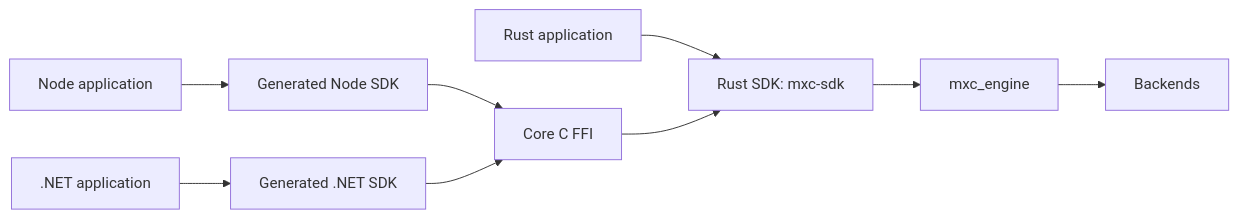
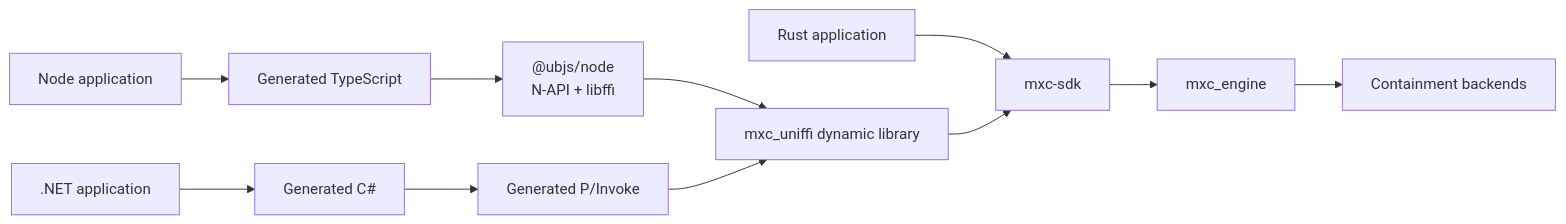
One commit to microsoft/mxc changed the first of 2 diagrams in docs/designs/SDK/README.md. Above: the diagram before and after it, drawn with Mermaid. The commit also changed other lines of this file and 333 other files, not shown here.

First line of the commit message:
Prototype unified UniFFI SDK generation

````diff
--- a/docs/designs/SDK/README.md
+++ b/docs/designs/SDK/README.md
@@ -14,11 +8,13 @@
 ```mermaid
 flowchart LR
-    R[Rust application] --> RS[Rust SDK: mxc-sdk]
-    N[Node application] --> NS[Generated Node SDK]
-    D[.NET application] --> DS[Generated .NET SDK]
-    NS --> FFI[Core C FFI]
-    DS --> FFI
-    FFI --> RS
-    RS --> E[mxc_engine]
-    E --> B[Backends]
+    R[Rust application] --> S[mxc-sdk]
+    N[Node application] --> TS[Generated TypeScript]
+    D[.NET application] --> CS[Generated C#]
+    TS --> NR["@ubjs/node<br/>N-API + libffi"]
+    CS --> PI[Generated P/Invoke]
+    NR --> U[mxc_uniffi dynamic library]
+    PI --> U
+    U --> S
+    S --> E[mxc_engine]
+    E --> B[Containment backends]
 ```
````
